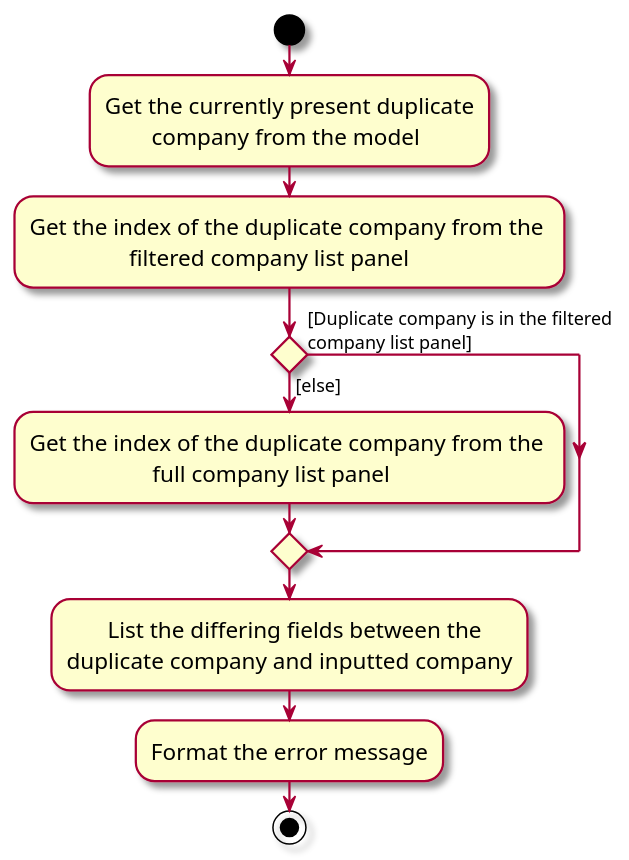
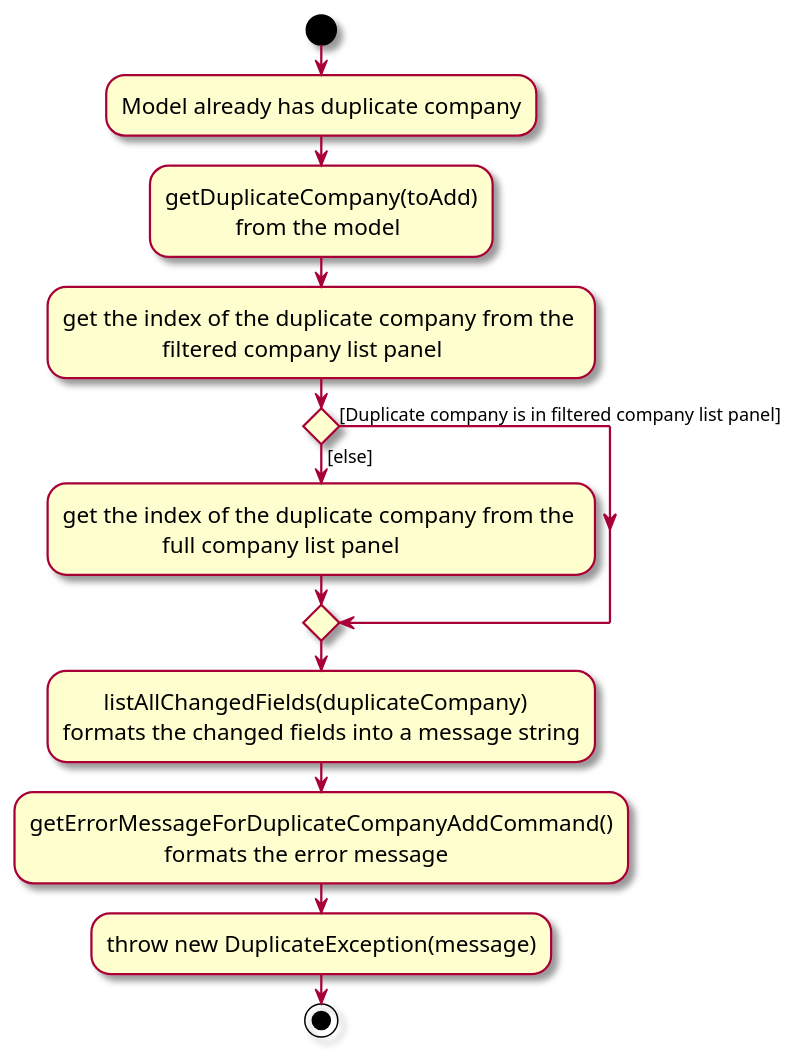
Before and after one commit to tayruxin/tp: the diagram in docs/diagrams/DuplicateActivityDiagram.puml, drawn with PlantUML. The commit also changed 9 other files, not shown here.

```diff
--- a/docs/diagrams/DuplicateActivityDiagram.puml
+++ b/docs/diagrams/DuplicateActivityDiagram.puml
@@ -1,21 +1,22 @@
 @startuml
 skin rose
 skinparam ActivityFontSize 15
 skinparam ArrowFontSize 12
 start
+:Model already has duplicate company;
 
 'Since the beta syntax does not support placing the condition outside the
 'diamond we place it as the true branch instead.
 
-:Get the currently present duplicate\n        company from the model;
-:Get the index of the duplicate company from the \n                 filtered company list panel;
+:getDuplicateCompany(toAdd)\n            from the model;
+:get the index of the duplicate company from the \n                 filtered company list panel;
 if () then ([else])
-    :Get the index of the duplicate company from the \n                     full company list panel;
-else ([Duplicate company is in the filtered \ncompany list panel])
+    :get the index of the duplicate company from the \n                 full company list panel;
+else ([Duplicate company is in filtered company list panel])
     endif
 
-:       List the differing fields between the
-duplicate company and inputted company;
-:Format the error message;
+:       listAllChangedFields(duplicateCompany)\nformats the changed fields into a message string;
+:getErrorMessageForDuplicateCompanyAddCommand()\n                       formats the error message;
+:throw new DuplicateException(message);
 stop
 @enduml
```
